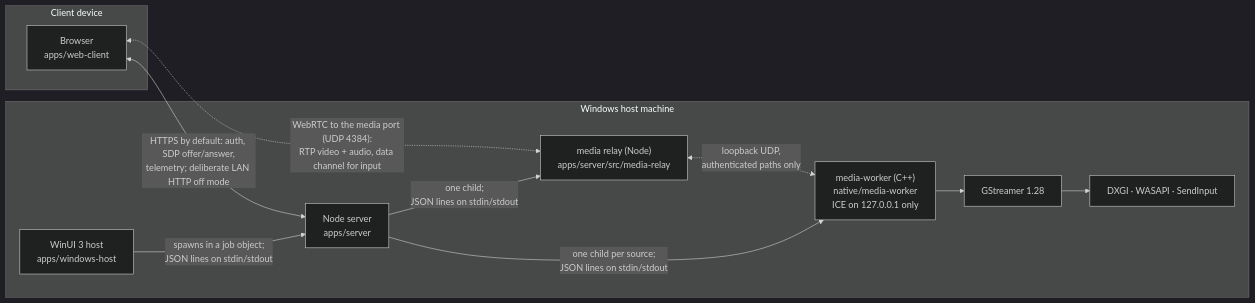
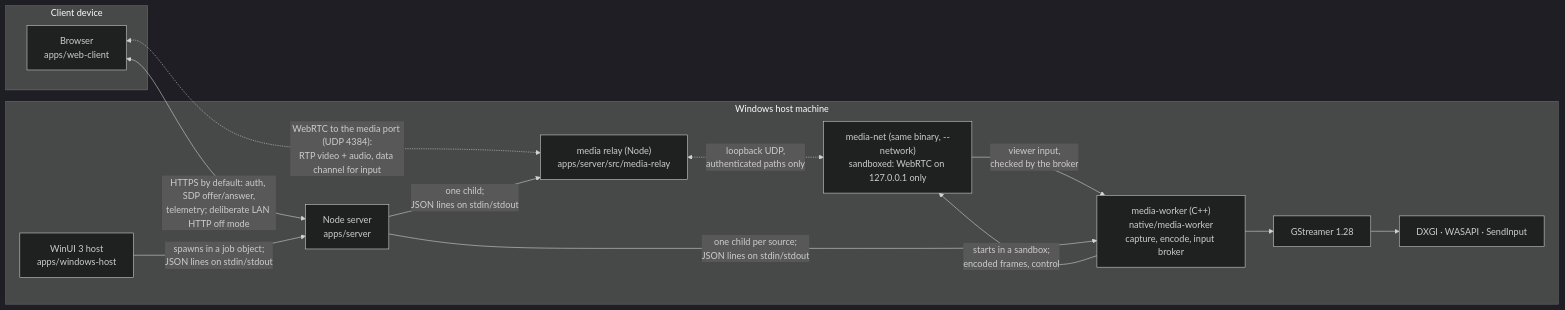
One commit to kiforsbe/vidvnc changed the first of 19 diagrams in docs/ARCHITECTURE.md. Above: the diagram before and after it, drawn with Mermaid (dark theme). The commit also changed other lines of this file and 19 other files, not shown here.

````diff
--- a/docs/ARCHITECTURE.md
+++ b/docs/ARCHITECTURE.md
@@ -18,23 +18,26 @@
 ```mermaid
 flowchart LR
     subgraph client["Client device"]
         browser["Browser<br/>apps/web-client"]
     end
 
     subgraph machine["Windows host machine"]
         host["WinUI 3 host<br/>apps/windows-host"]
         server["Node server<br/>apps/server"]
         relay["media relay (Node)<br/>apps/server/src/media-relay"]
-        worker["media-worker (C++)<br/>native/media-worker<br/>ICE on 127.0.0.1 only"]
+        worker["media-worker (C++)<br/>native/media-worker<br/>capture, encode, input broker"]
+        net["media-net (same binary, --network)<br/>sandboxed: WebRTC on 127.0.0.1 only"]
         gst["GStreamer 1.28"]
         win["DXGI · WASAPI · SendInput"]
     end
 
     browser <-->|"HTTPS by default: auth, SDP offer/answer,<br/>telemetry; deliberate LAN HTTP off mode"| server
     browser <-.->|"WebRTC to the media port (UDP 4384):<br/>RTP video + audio, data channel for input"| relay
-    relay <-.->|"loopback UDP,<br/>authenticated paths only"| worker
+    relay <-.->|"loopback UDP,<br/>authenticated paths only"| net
+    worker -->|"starts in a sandbox;<br/>encoded frames, control"| net
+    net -->|"viewer input,<br/>checked by the broker"| worker
     host -->|"spawns in a job object;<br/>JSON lines on stdin/stdout"| server
     server -->|"one child;<br/>JSON lines on stdin/stdout"| relay
     server -->|"one child per source;<br/>JSON lines on stdin/stdout"| worker
     worker --> gst --> win
 ```
````
